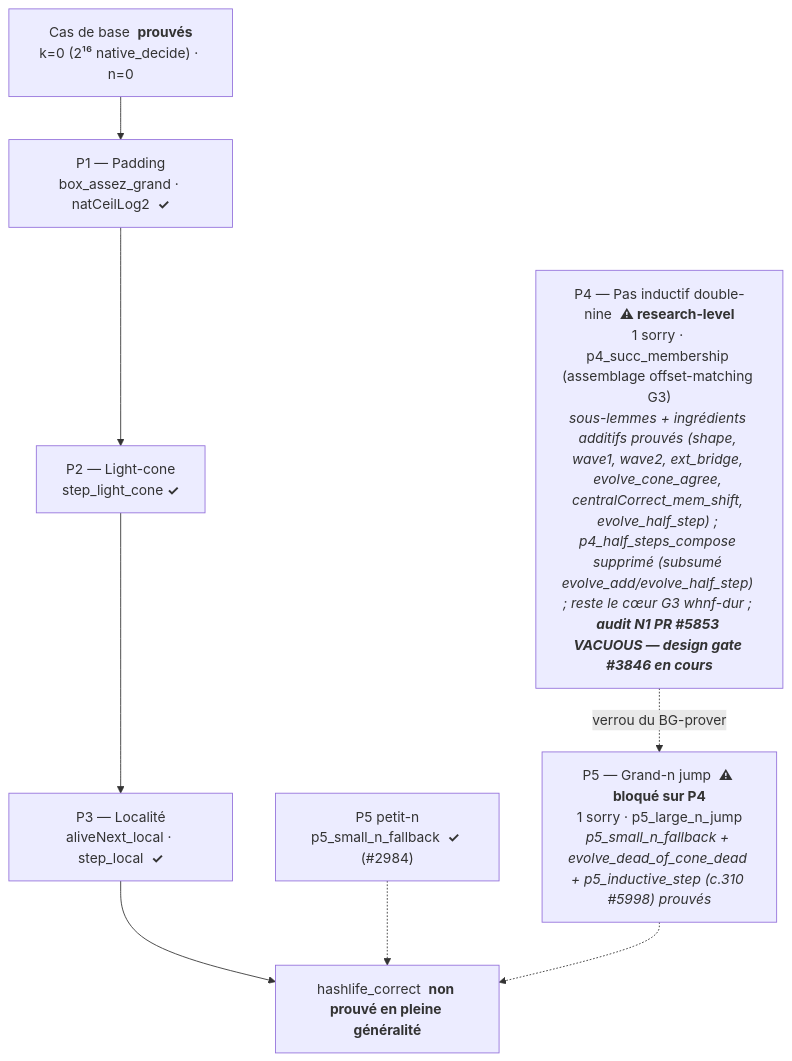
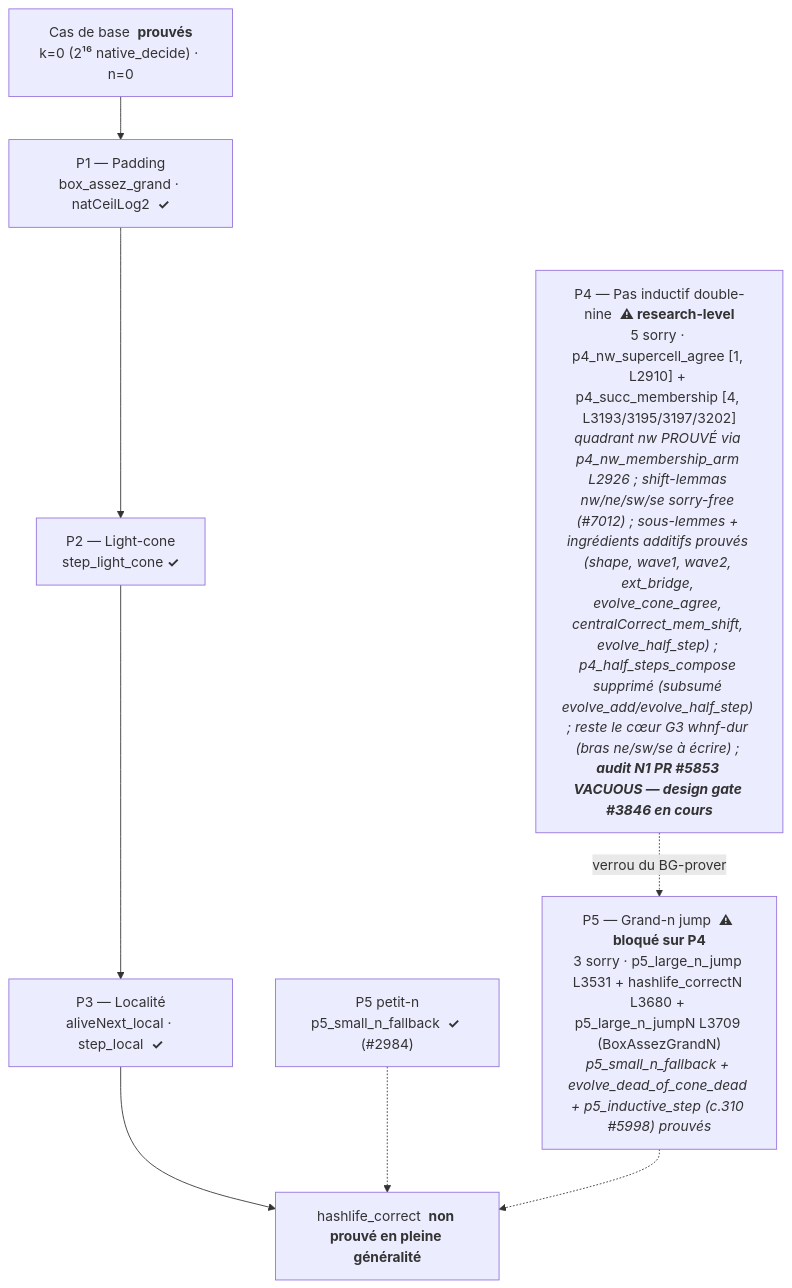
One commit to jsboige/CoursIA changed the second of 2 diagrams in MyIA.AI.Notebooks/SymbolicAI/Lean/conway_lean/README.md. Above: the diagram before and after it, drawn with Mermaid. The commit also changed other lines of this file, not shown here.

````diff
--- a/MyIA.AI.Notebooks/SymbolicAI/Lean/conway_lean/README.md
+++ b/MyIA.AI.Notebooks/SymbolicAI/Lean/conway_lean/README.md
@@ -162,15 +172,15 @@
 ```mermaid
 flowchart TD
     BASE["Cas de base  <b>prouvés</b><br/>k=0 (2¹⁶ native_decide) · n=0"]
     P1["P1 — Padding<br/>box_assez_grand · natCeilLog2  <b>✓</b>"]
     P2["P2 — Light-cone<br/>step_light_cone  <b>✓</b>"]
     P3["P3 — Localité<br/>aliveNext_local · step_local  <b>✓</b>"]
     P5S["P5 petit-n<br/>p5_small_n_fallback  <b>✓</b> (#2984)"]
-    P4["P4 — Pas inductif double-nine  <b>⚠ research-level</b><br/>1 sorry · p4_succ_membership (assemblage offset-matching G3)<br/><i>sous-lemmes + ingrédients additifs prouvés (shape, wave1, wave2, ext_bridge, evolve_cone_agree, centralCorrect_mem_shift, evolve_half_step) ; p4_half_steps_compose supprimé (subsumé evolve_add/evolve_half_step) ; reste le cœur G3 whnf-dur ; <b>audit N1 PR #5853 VACUOUS — design gate #3846 en cours</b></i>"]
-    P5["P5 — Grand-n jump  <b>⚠ bloqué sur P4</b><br/>1 sorry · p5_large_n_jump<br/><i>p5_small_n_fallback + evolve_dead_of_cone_dead + p5_inductive_step (c.310 #5998) prouvés</i>"]
+    P4["P4 — Pas inductif double-nine  <b>⚠ research-level</b><br/>5 sorry · p4_nw_supercell_agree [1, L2910] + p4_succ_membership [4, L3193/3195/3197/3202]<br/><i>quadrant nw PROUVÉ via p4_nw_membership_arm L2926 ; shift-lemmas nw/ne/sw/se sorry-free (#7012) ; sous-lemmes + ingrédients additifs prouvés (shape, wave1, wave2, ext_bridge, evolve_cone_agree, centralCorrect_mem_shift, evolve_half_step) ; p4_half_steps_compose supprimé (subsumé evolve_add/evolve_half_step) ; reste le cœur G3 whnf-dur (bras ne/sw/se à écrire) ; <b>audit N1 PR #5853 VACUOUS — design gate #3846 en cours</b></i>"]
+    P5["P5 — Grand-n jump  <b>⚠ bloqué sur P4</b><br/>3 sorry · p5_large_n_jump L3531 + hashlife_correctN L3680 + p5_large_n_jumpN L3709 (BoxAssezGrandN)<br/><i>p5_small_n_fallback + evolve_dead_of_cone_dead + p5_inductive_step (c.310 #5998) prouvés</i>"]
     GOAL["hashlife_correct  <b>non prouvé en pleine généralité</b>"]
 
     BASE --> P1 --> P2 --> P3 --> GOAL
     P5S -.-> GOAL
     P4 -.->|"verrou du BG-prover"| P5 -.-> GOAL
 ```
````
